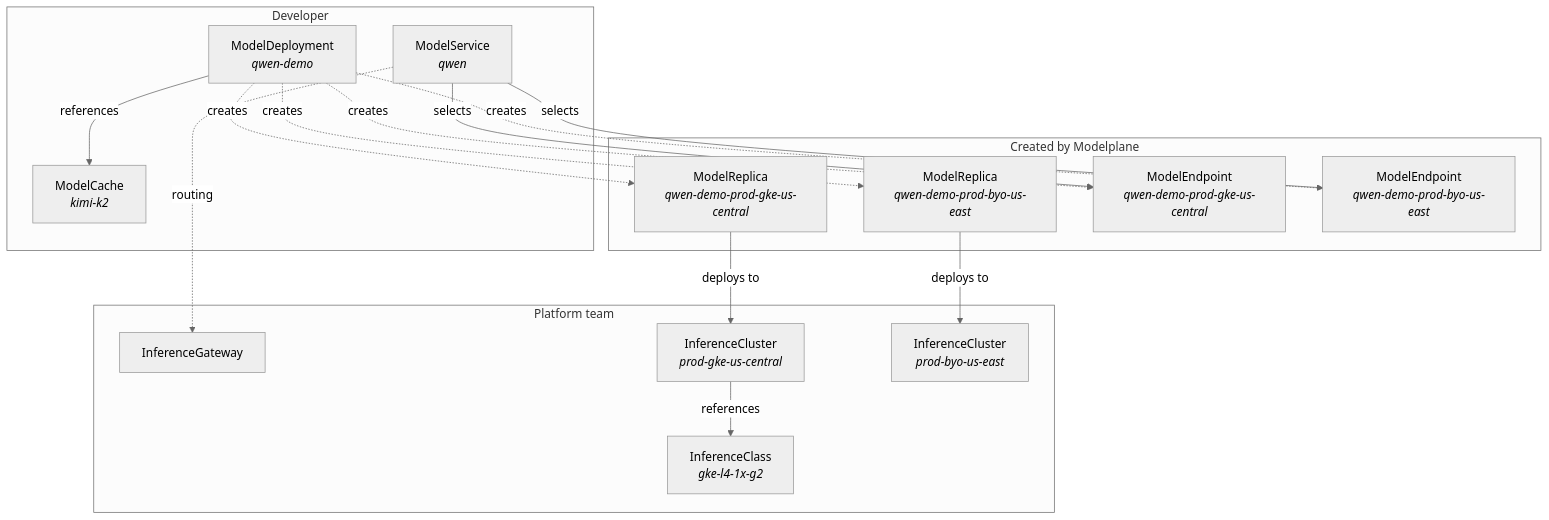
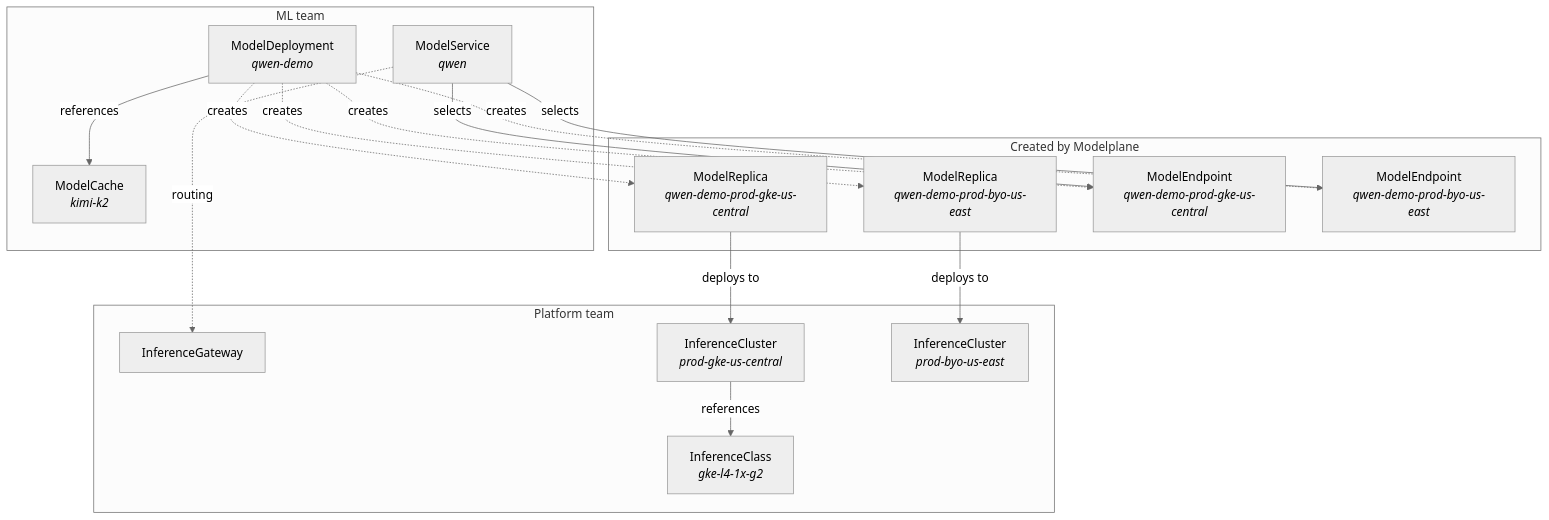
One commit to modelplaneai/modelplane changed the diagram in docs/content/overview/how-it-works.md. Above: the diagram before and after it, drawn with Mermaid (neutral theme). The commit also changed other lines of this file, not shown here.

````diff
--- a/docs/content/overview/how-it-works.md
+++ b/docs/content/overview/how-it-works.md
@@ -29,34 +31,34 @@
 ```mermaid
 graph TD
     subgraph "Platform team"
         IG[InferenceGateway]
         ICL[InferenceClass<br><i>gke-l4-1x-g2</i>]
         IC1[InferenceCluster<br><i>prod-gke-us-central</i>]
         IC2[InferenceCluster<br><i>prod-byo-us-east</i>]
     end
 
-    subgraph "Developer"
+    subgraph "ML team"
         MC[ModelCache<br><i>kimi-k2</i>]
         MD[ModelDeployment<br><i>qwen-demo</i>]
         MS[ModelService<br><i>qwen</i>]
     end
 
     subgraph "Created by Modelplane"
         MR1[ModelReplica<br><i>qwen-demo-prod-gke-us-central</i>]
         MR2[ModelReplica<br><i>qwen-demo-prod-byo-us-east</i>]
         ME1[ModelEndpoint<br><i>qwen-demo-prod-gke-us-central</i>]
         ME2[ModelEndpoint<br><i>qwen-demo-prod-byo-us-east</i>]
     end
 
     IC1 -- "references" --> ICL
     MD -- "references" --> MC
     MD -. "creates" .-> MR1
     MD -. "creates" .-> MR2
     MD -. "creates" .-> ME1
     MD -. "creates" .-> ME2
     MR1 -- "deploys to" --> IC1
     MR2 -- "deploys to" --> IC2
     MS -- "selects" --> ME1
     MS -- "selects" --> ME2
     MS -. "routing" .-> IG
 ```
````
